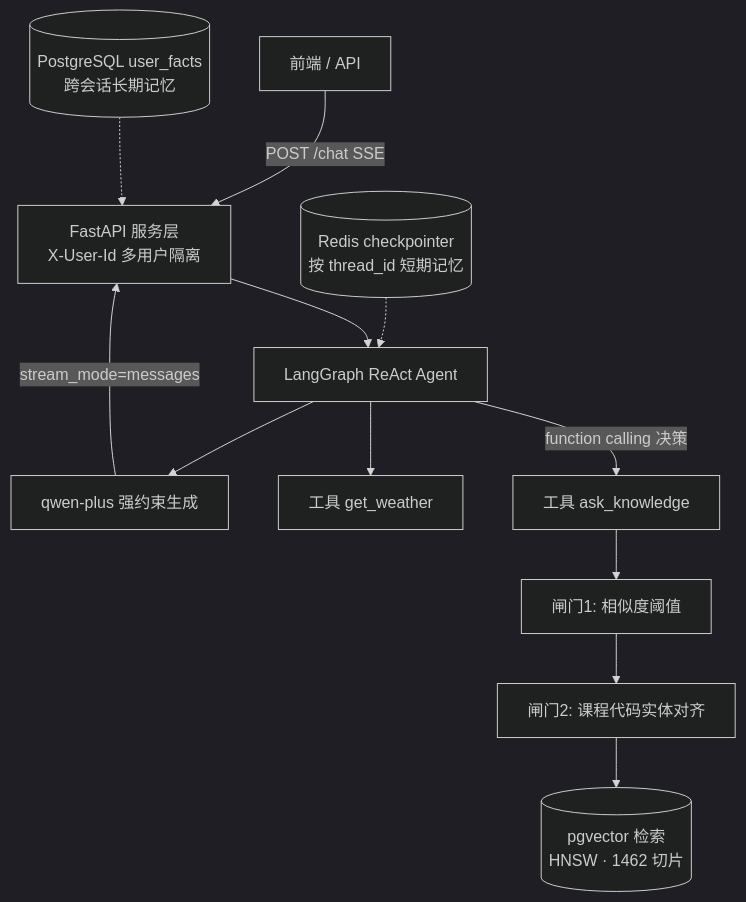
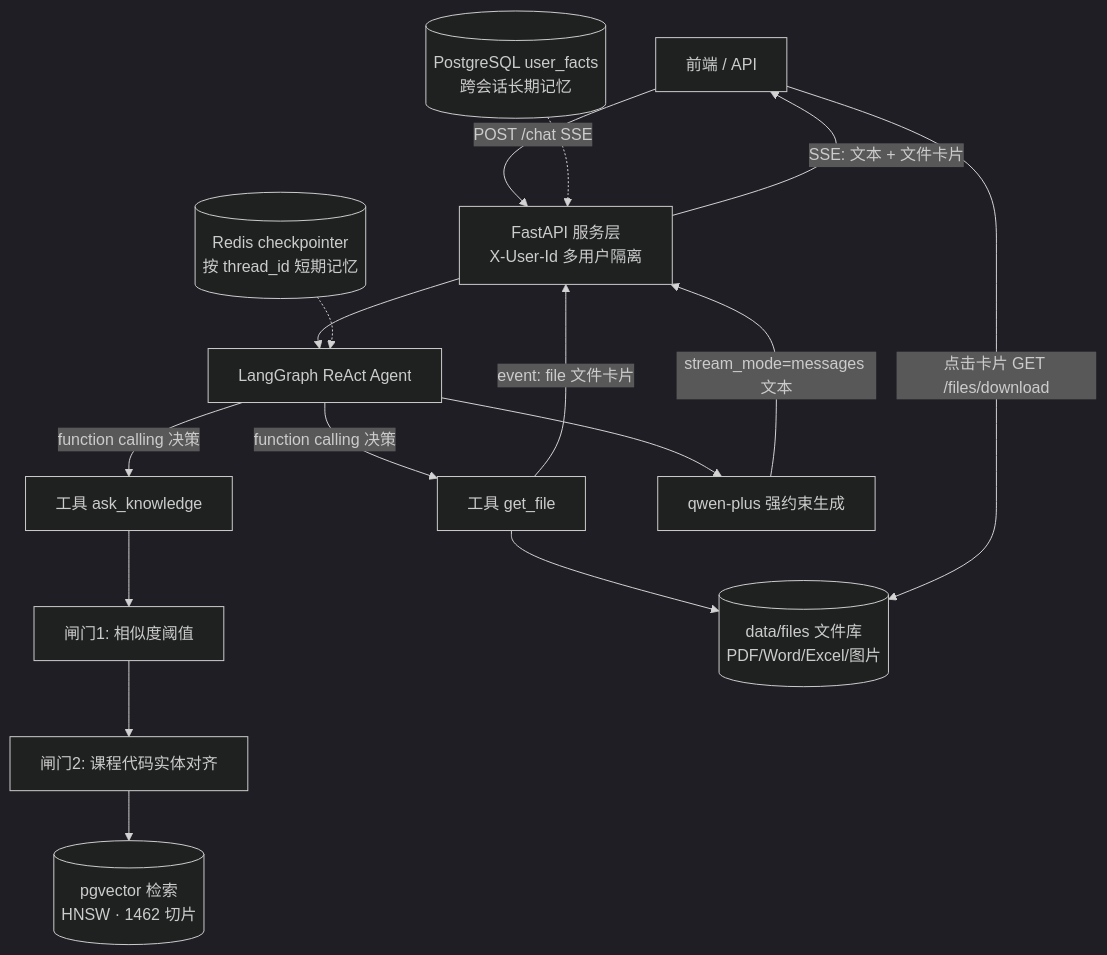
The diagram in README.md (xfdcns/askusst), drawn with Mermaid (dark theme) before and after one commit. The commit also changed other lines of this file, not shown here.

Commit message:
docs: README 更新至 v1.1，新增 get_file 文件下发与更新日志

````diff
--- a/README.md
+++ b/README.md
@@ -26,14 +31,18 @@
 ```mermaid
 flowchart TD
     U[前端 / API] -->|POST /chat SSE| API[FastAPI 服务层<br/>X-User-Id 多用户隔离]
     API --> AG[LangGraph ReAct Agent]
     AG -->|function calling 决策| T1[工具 ask_knowledge]
-    AG --> T2[工具 get_weather]
+    AG -->|function calling 决策| T2[工具 get_file]
     T1 --> G1[闸门1: 相似度阈值]
     G1 --> G2[闸门2: 课程代码实体对齐]
     G2 --> R[(pgvector 检索<br/>HNSW · 1462 切片)]
+    T2 --> FS[(data/files 文件库<br/>PDF/Word/Excel/图片)]
     AG --> LLM[qwen-plus 强约束生成]
-    LLM -->|stream_mode=messages| API
+    LLM -->|stream_mode=messages 文本| API
+    T2 -->|event: file 文件卡片| API
+    API -->|SSE: 文本 + 文件卡片| U
+    U -->|点击卡片 GET /files/download| FS
     CP[(Redis checkpointer<br/>按 thread_id 短期记忆)] -.-> AG
     LT[(PostgreSQL user_facts<br/>跨会话长期记忆)] -.-> API
 ```
````
